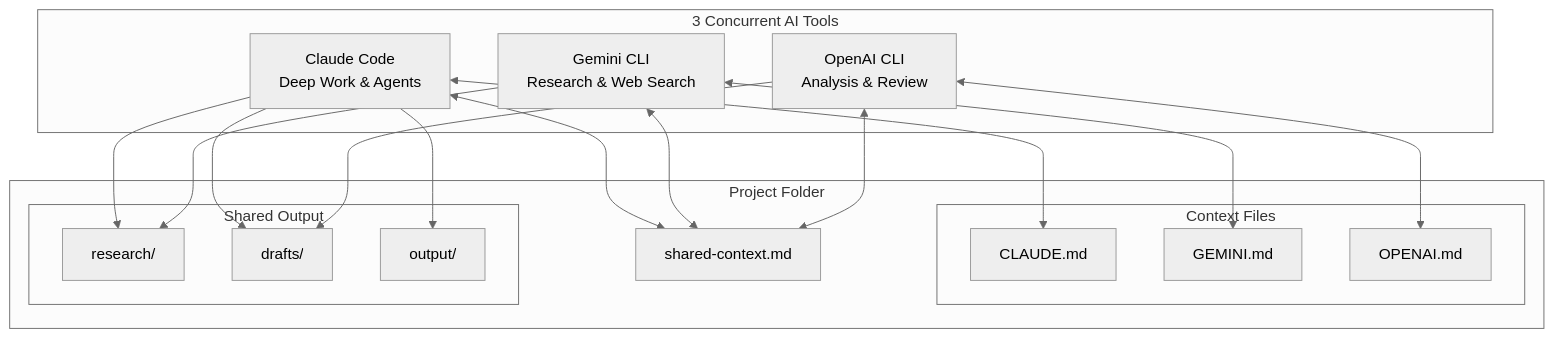
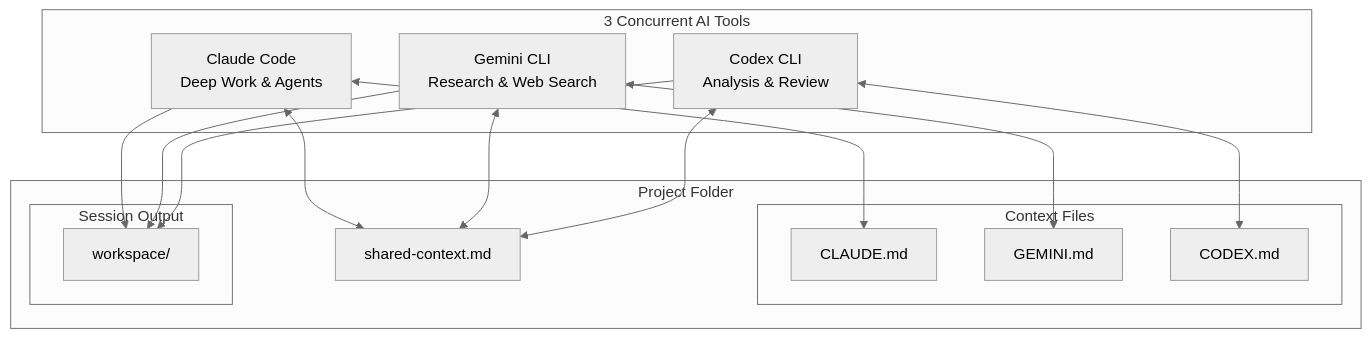
One commit to zturner1/zturner1-3model-concurrent-workflow changed the first of 3 diagrams in docs/diagram.md. Above: the diagram before and after it, drawn with Mermaid (neutral theme). The commit also changed other lines of this file and 56 other files, not shown here.

````diff
--- a/docs/diagram.md
+++ b/docs/diagram.md
@@ -5,38 +43,34 @@
 ```mermaid
 flowchart TB
     subgraph Project["Project Folder"]
         SC[shared-context.md]
 
         subgraph Context["Context Files"]
             CM[CLAUDE.md]
             GM[GEMINI.md]
-            OM[OPENAI.md]
+            OM[CODEX.md]
         end
 
-        subgraph Output["Shared Output"]
-            R[research/]
-            D[drafts/]
-            O[output/]
+        subgraph Output["Session Output"]
+            W[workspace/]
         end
     end
 
     subgraph Tools["3 Concurrent AI Tools"]
         C["Claude Code<br/>Deep Work & Agents"]
         G["Gemini CLI<br/>Research & Web Search"]
-        OA["OpenAI CLI<br/>Analysis & Review"]
+        OA["Codex CLI<br/>Analysis & Review"]
     end
 
     C <--> CM
     G <--> GM
     OA <--> OM
 
     C <--> SC
     G <--> SC
     OA <--> SC
 
-    C --> R
-    C --> D
-    C --> O
-    G --> R
-    OA --> D
+    C --> W
+    G --> W
+    OA --> W
 ```
````
